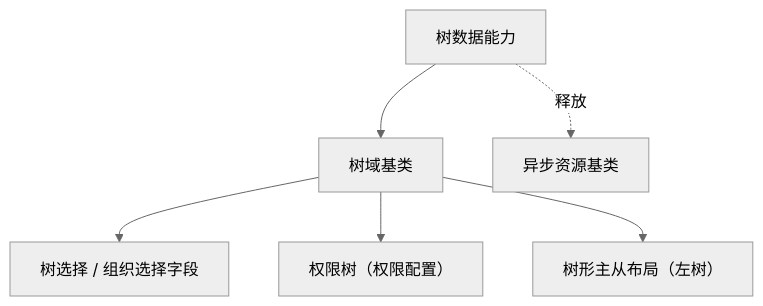
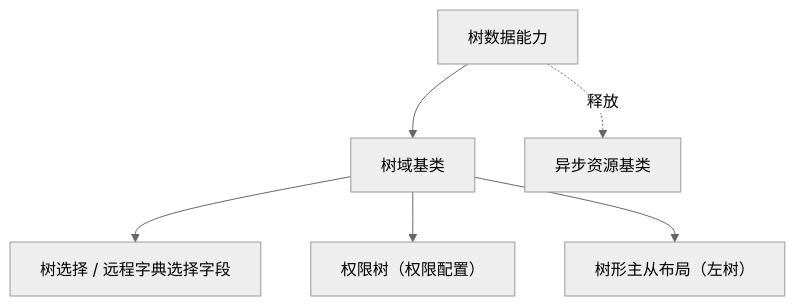
The diagram in bms文档/设计/组件设计/02_基础组件类/02_能力类/18_组件设计_树数据能力/18_组件设计_树数据能力.md (minjian123/basic-management-system), drawn with Mermaid (neutral theme) before and after one commit. The commit also changed other lines of this file and 501 other files, not shown here.

````diff
--- a/bms文档/设计/组件设计/02_基础组件类/02_能力类/18_组件设计_树数据能力/18_组件设计_树数据能力.md
+++ b/bms文档/设计/组件设计/02_基础组件类/02_能力类/18_组件设计_树数据能力/18_组件设计_树数据能力.md
@@ -16,8 +16,8 @@
 ```mermaid
 flowchart TD
     TD["树数据能力"] --> BT["树域基类"]
-    BT --> T1["树选择 / 组织选择字段"]
+    BT --> T1["树选择 / 远程字典选择字段"]
     BT --> T2["权限树（权限配置）"]
     BT --> T3["树形主从布局（左树）"]
     TD -. 释放 .-> AR["异步资源基类"]
 ```
````
